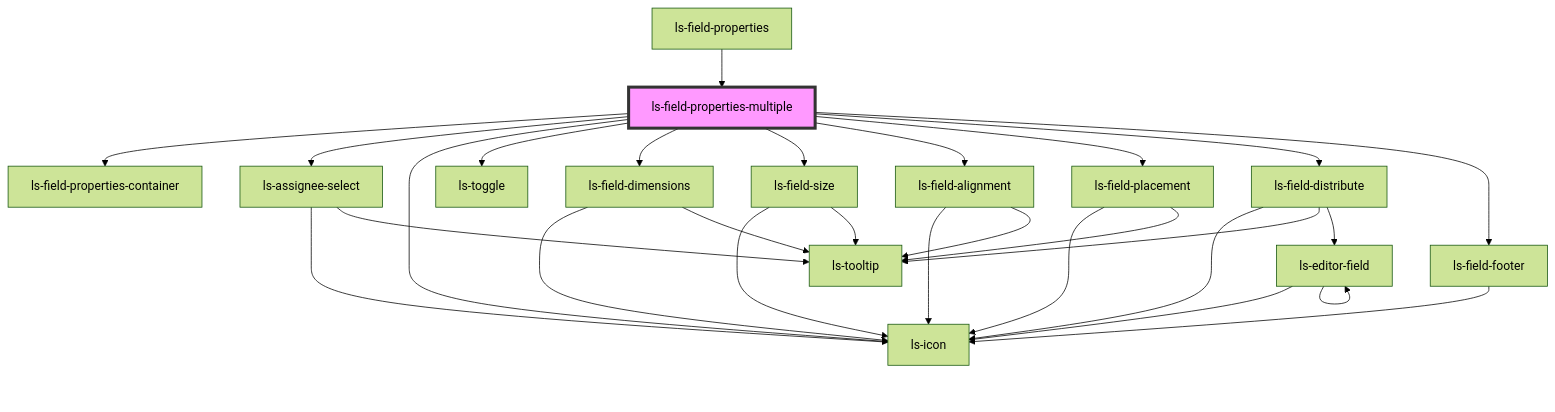
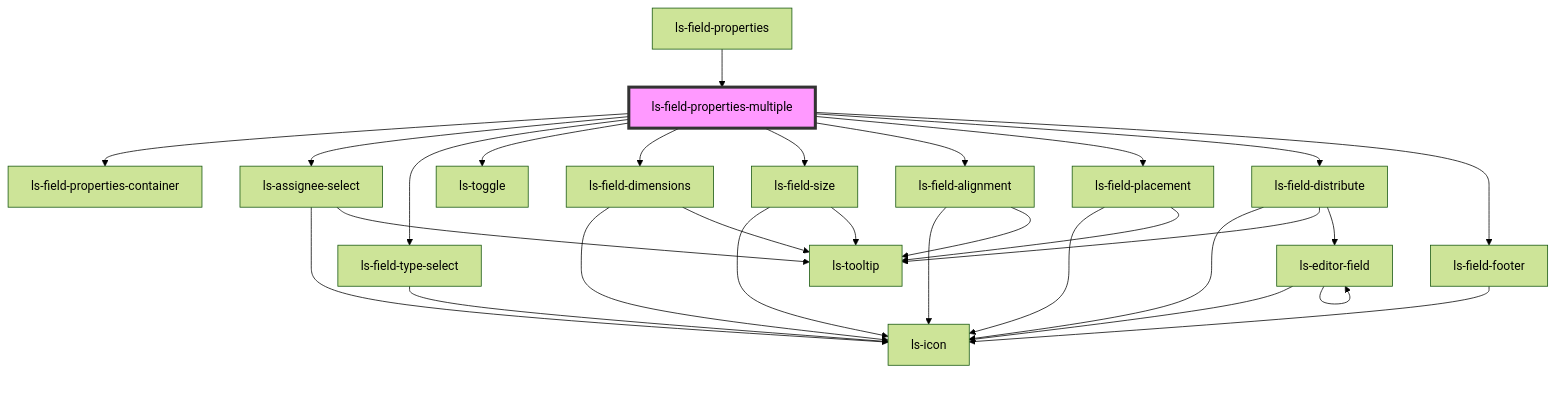
Before and after one commit to legalesign/ls-document-viewer: the diagram in src/components/ls-field-properties-multiple/readme.md, drawn with Mermaid (forest theme). The commit also changed other lines of this file and 30 other files, not shown here.

First line of the commit message:
Add switch field type

````diff
--- a/src/components/ls-field-properties-multiple/readme.md
+++ b/src/components/ls-field-properties-multiple/readme.md
@@ -45,31 +45,32 @@
 ```mermaid
 graph TD;
   ls-field-properties-multiple --> ls-field-properties-container
   ls-field-properties-multiple --> ls-assignee-select
-  ls-field-properties-multiple --> ls-icon
+  ls-field-properties-multiple --> ls-field-type-select
   ls-field-properties-multiple --> ls-toggle
   ls-field-properties-multiple --> ls-field-dimensions
   ls-field-properties-multiple --> ls-field-size
   ls-field-properties-multiple --> ls-field-alignment
   ls-field-properties-multiple --> ls-field-placement
   ls-field-properties-multiple --> ls-field-distribute
   ls-field-properties-multiple --> ls-field-footer
   ls-assignee-select --> ls-icon
   ls-assignee-select --> ls-tooltip
+  ls-field-type-select --> ls-icon
   ls-field-dimensions --> ls-icon
   ls-field-dimensions --> ls-tooltip
   ls-field-size --> ls-icon
   ls-field-size --> ls-tooltip
   ls-field-alignment --> ls-icon
   ls-field-alignment --> ls-tooltip
   ls-field-placement --> ls-icon
   ls-field-placement --> ls-tooltip
   ls-field-distribute --> ls-icon
   ls-field-distribute --> ls-tooltip
   ls-field-distribute --> ls-editor-field
   ls-editor-field --> ls-icon
   ls-editor-field --> ls-editor-field
   ls-field-footer --> ls-icon
   ls-field-properties --> ls-field-properties-multiple
   style ls-field-properties-multiple fill:#f9f,stroke:#333,stroke-width:4px
 ```
````
